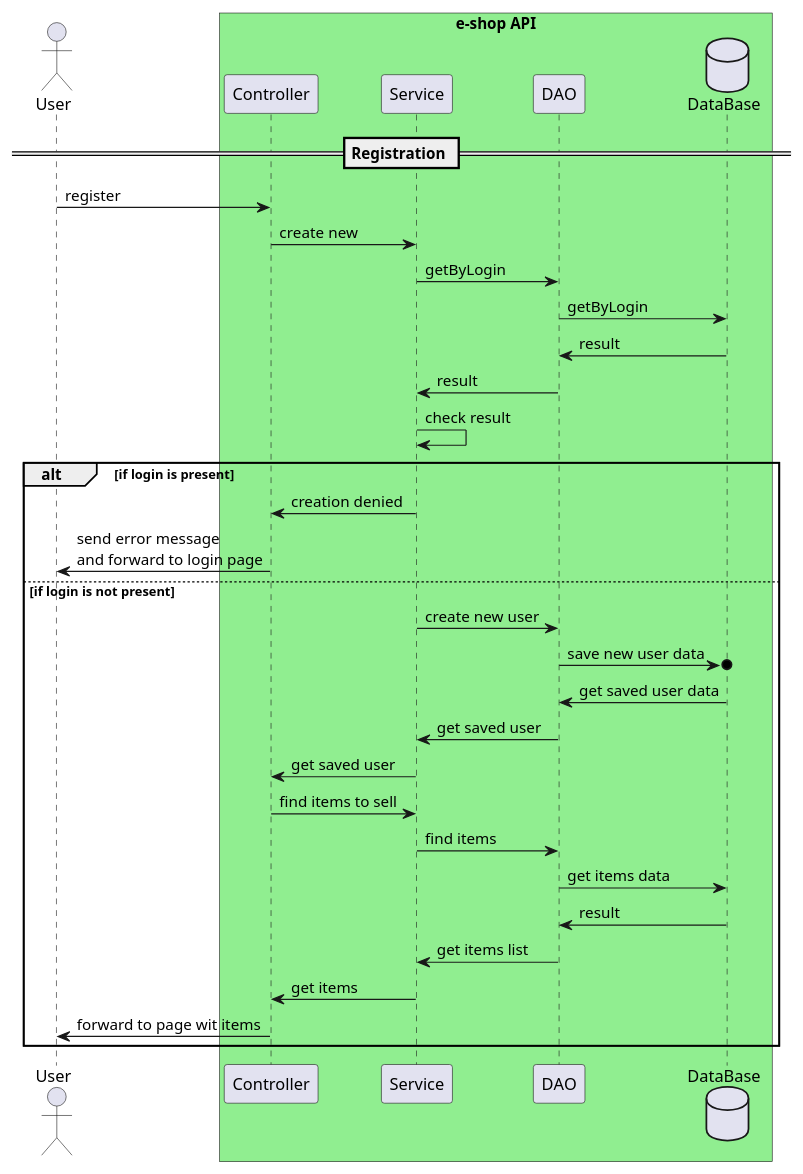
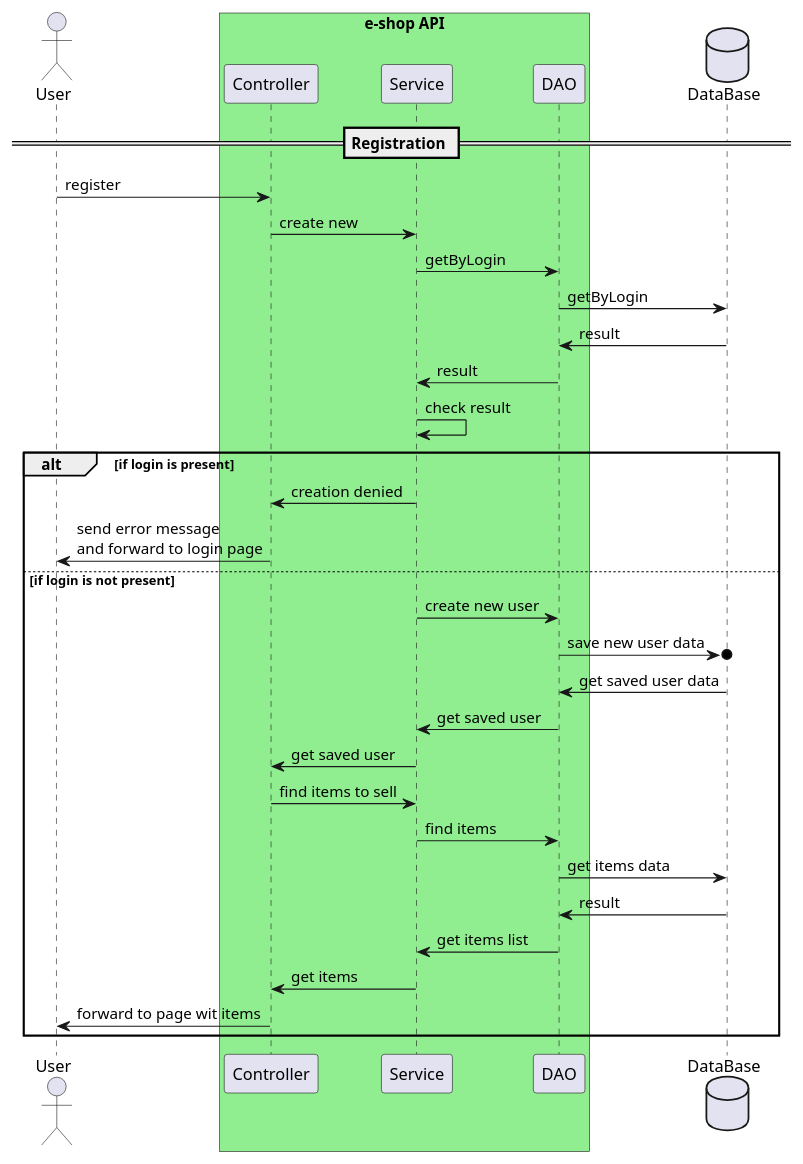
Before and after one commit to Ignatenko2207/e-sop-g-48: the diagram in architecture/payment-process.puml, drawn with PlantUML. The commit also changed other lines of this file and 14 other files, not shown here.

```diff
--- a/architecture/payment-process.puml
+++ b/architecture/payment-process.puml
@@ -1,41 +1,41 @@
 @startuml
 
 actor "User" as user
 box "e-shop API" #lightgreen
     participant "Controller" as cont
     participant "Service" as serv
     participant "DAO" as dao
+end box
     database "DataBase" as db
-end box
 
 == Registration ==
     user -> cont: register
     cont -> serv: create new
     serv -> dao: getByLogin
     dao -> db: getByLogin
     dao <- db: result
     serv <- dao: result
     serv -> serv: check result
     alt if login is present
         cont <- serv: creation denied
         user <- cont: send error message \nand forward to login page
     else if login is not present
         serv -> dao: create new user
         dao ->o db: save new user data
         dao <- db: get saved user data
         serv <- dao: get saved user
         cont <- serv: get saved user
         cont -> serv: find items to sell
         serv -> dao: find items
         dao -> db: get items data
         dao <- db: result
         serv <- dao: get items list
         cont <- serv: get items
 
         user <- cont: forward to page wit items
     end alt
 
 
 
 
 @enduml
```
